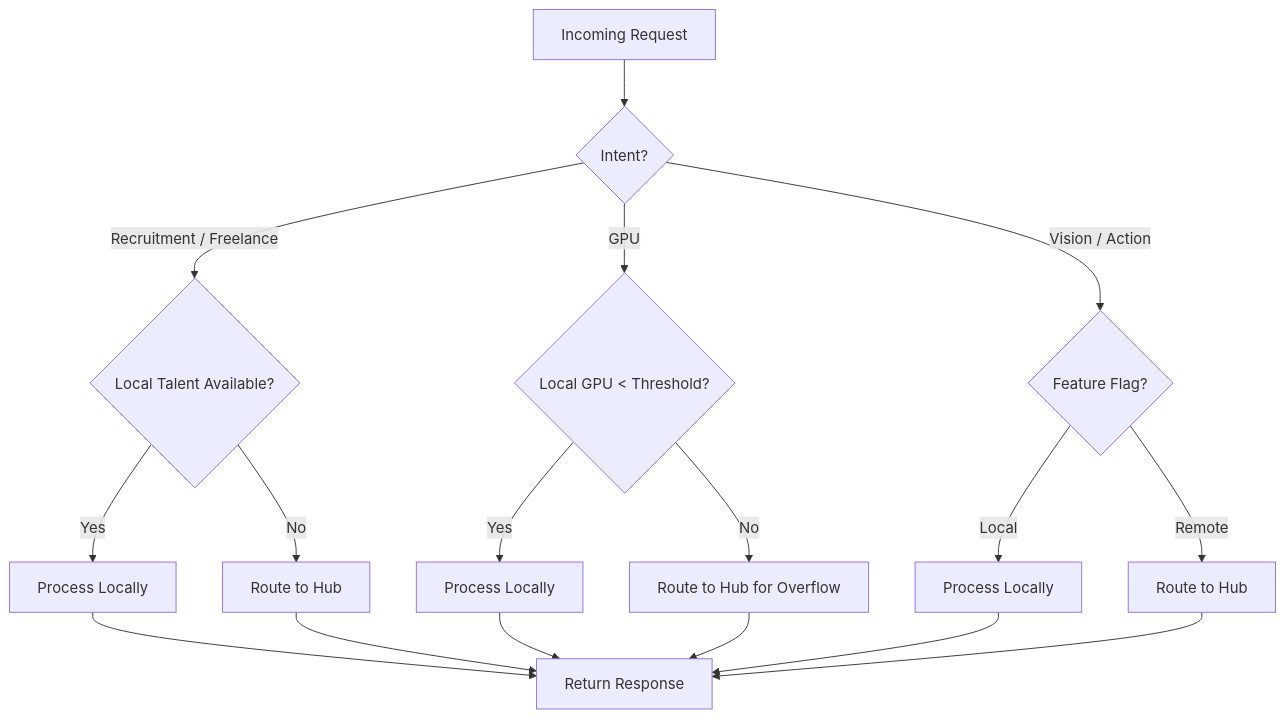
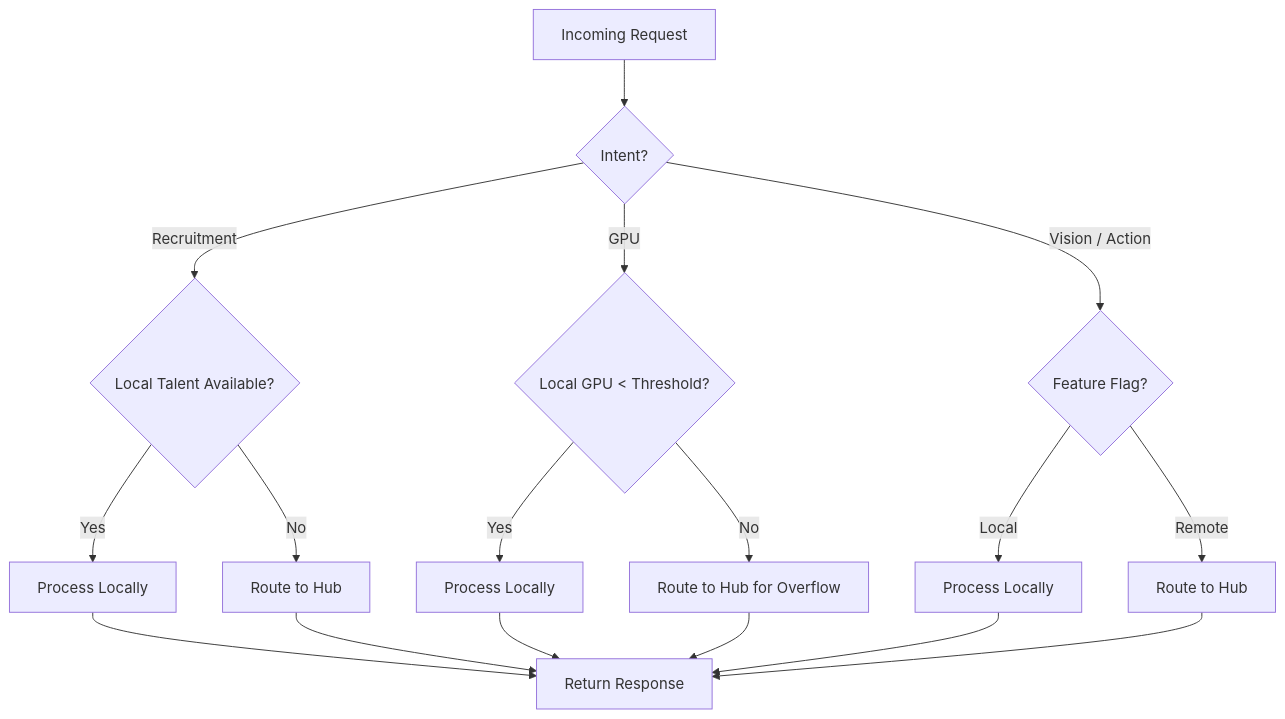
One commit to nettrades/nettrades-platform changed the third of 17 diagrams in README.md. Above: the diagram before and after it, drawn with Mermaid. The commit also changed other lines of this file, not shown here.

````diff
--- a/README.md
+++ b/README.md
@@ -777,21 +784,21 @@
 ```mermaid
 
 flowchart TD
     A[Incoming Request] --> B{Intent?}
-    B -->|Recruitment / Freelance| C{Local Talent Available?}
+    B -->|Recruitment| C{Local Talent Available?}
     C -->|Yes| D[Process Locally]
     C -->|No| E[Route to Hub]
     B -->|GPU| F{Local GPU < Threshold?}
     F -->|Yes| G[Process Locally]
     F -->|No| H[Route to Hub for Overflow]
     B -->|Vision / Action| I{Feature Flag?}
     I -->|Local| J[Process Locally]
     I -->|Remote| K[Route to Hub]
     D --> L[Return Response]
     E --> L
     G --> L
     H --> L
     J --> L
     K --> L
 
 ```
````
